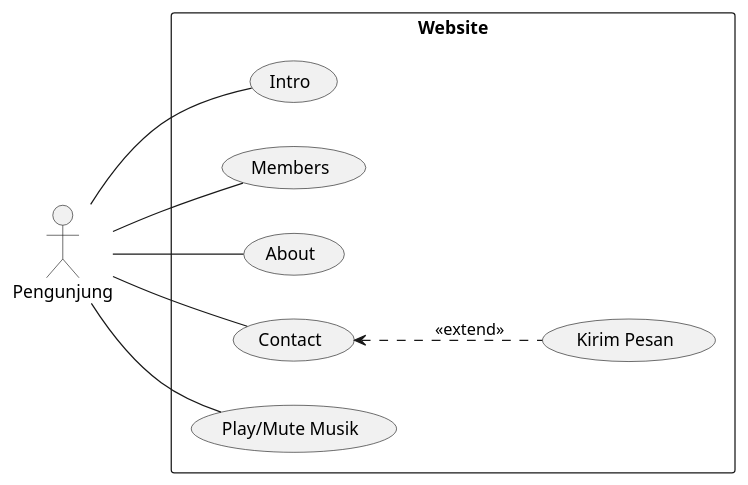
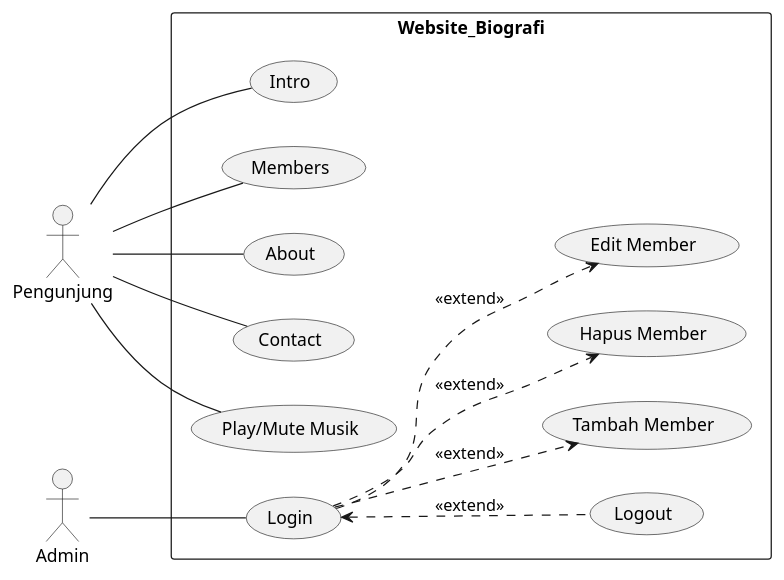
One commit to muhammadrifqialimin/webdesignbuatkelompok-main changed the diagram in Usecase.wsd. Above: the diagram before and after it, drawn with PlantUML. The commit also changed 7 other files, not shown here.

```diff
--- a/Usecase.wsd
+++ b/Usecase.wsd
@@ -1,15 +1,25 @@
-@startuml
+@startuml Website Biografi
 left to right direction
 
 actor Pengunjung
+actor Admin
 
-rectangle Website {
+rectangle Website_Biografi {
     Pengunjung -- (Intro)
     Pengunjung -- (Members)
     Pengunjung -- (About)
     Pengunjung -- (Contact)
     Pengunjung -- (Play/Mute Musik)
-    (Contact) <.. (Kirim Pesan) : <<extend>>
 
+    Admin -- (Login)
+    
+
+
+    (Login) <.. (Logout) : <<extend>>
+    (Login) ..> (Tambah Member) : <<extend>>
+    (Login) ..> (Hapus Member) : <<extend>>
+    (Login) ..> (Edit Member) : <<extend>>
+    
 }
+
 @enduml
```
